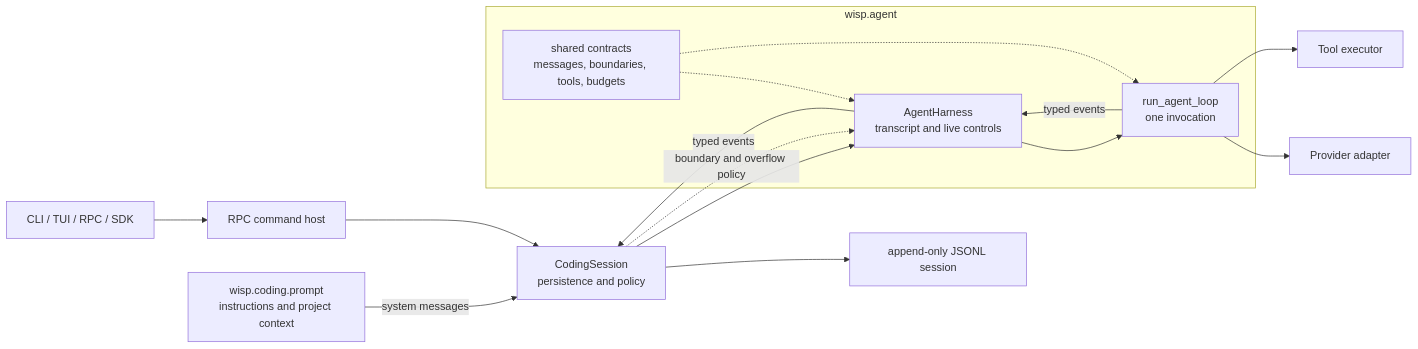
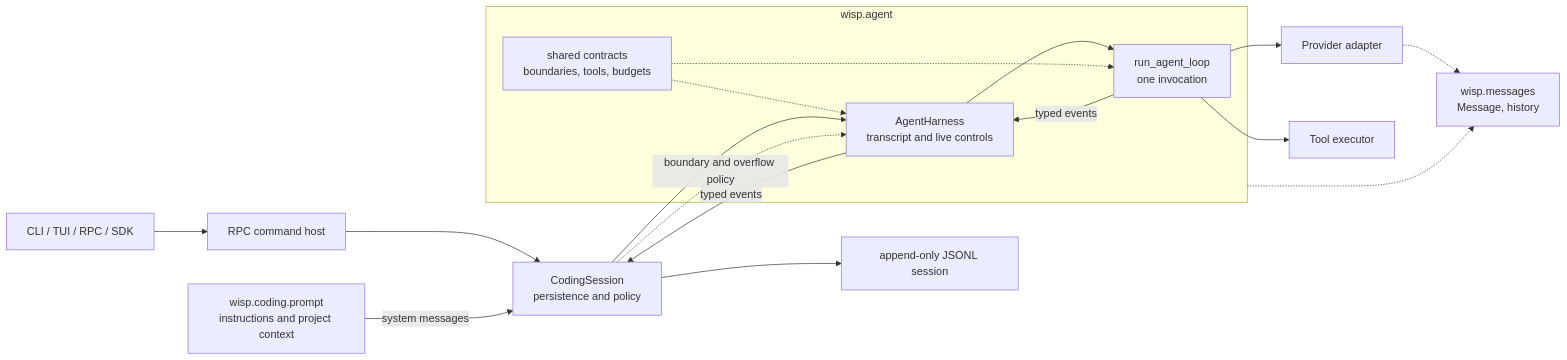
One commit to whanyu1212/Wisp changed the first of 2 diagrams in src/wisp/agent/README.md. Above: the diagram before and after it, drawn with Mermaid. The commit also changed other lines of this file and 133 other files, not shown here.

First line of the commit message:
refactor(messages): move Message and history below the providers

````diff
--- a/src/wisp/agent/README.md
+++ b/src/wisp/agent/README.md
@@ -13,25 +15,28 @@
 ```mermaid
 flowchart LR
   Interfaces["CLI / TUI / RPC / SDK"] --> Host["RPC command host"]
   Host --> Session["CodingSession<br/>persistence and policy"]
   Prompt["wisp.coding.prompt<br/>instructions and project context"]
 
   subgraph Agent["wisp.agent"]
     Harness["AgentHarness<br/>transcript and live controls"]
     Loop["run_agent_loop<br/>one invocation"]
-    Contracts["shared contracts<br/>messages, boundaries, tools, budgets"]
+    Contracts["shared contracts<br/>boundaries, tools, budgets"]
 
     Harness --> Loop
     Contracts -.-> Harness
     Contracts -.-> Loop
   end
 
   Prompt -->|system messages| Session
   Session --> Harness
   Session -.->|boundary and overflow policy| Harness
   Loop --> Provider["Provider adapter"]
+  Messages["wisp.messages<br/>Message, history"]
+  Agent -.-> Messages
+  Provider -.-> Messages
   Loop --> Tools["Tool executor"]
   Loop -->|typed events| Harness
   Harness -->|typed events| Session
   Session --> Store["append-only JSONL session"]
 ```
````
